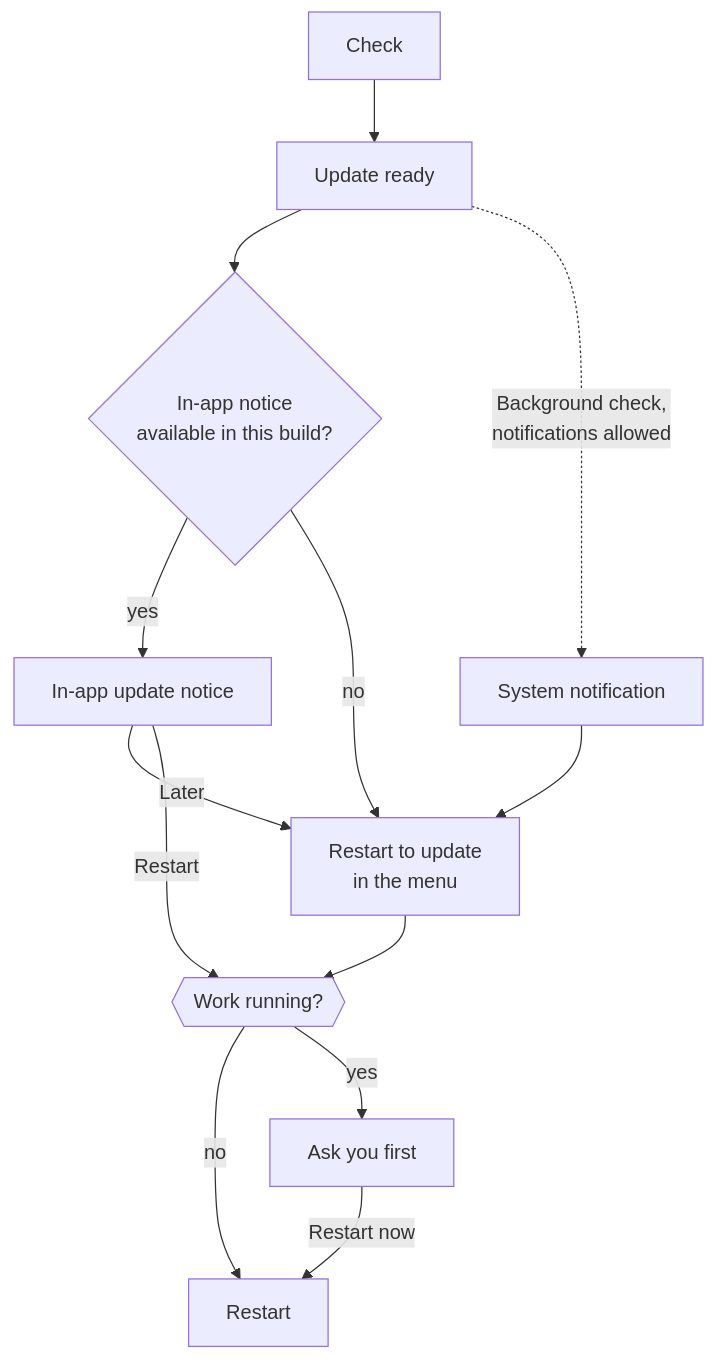
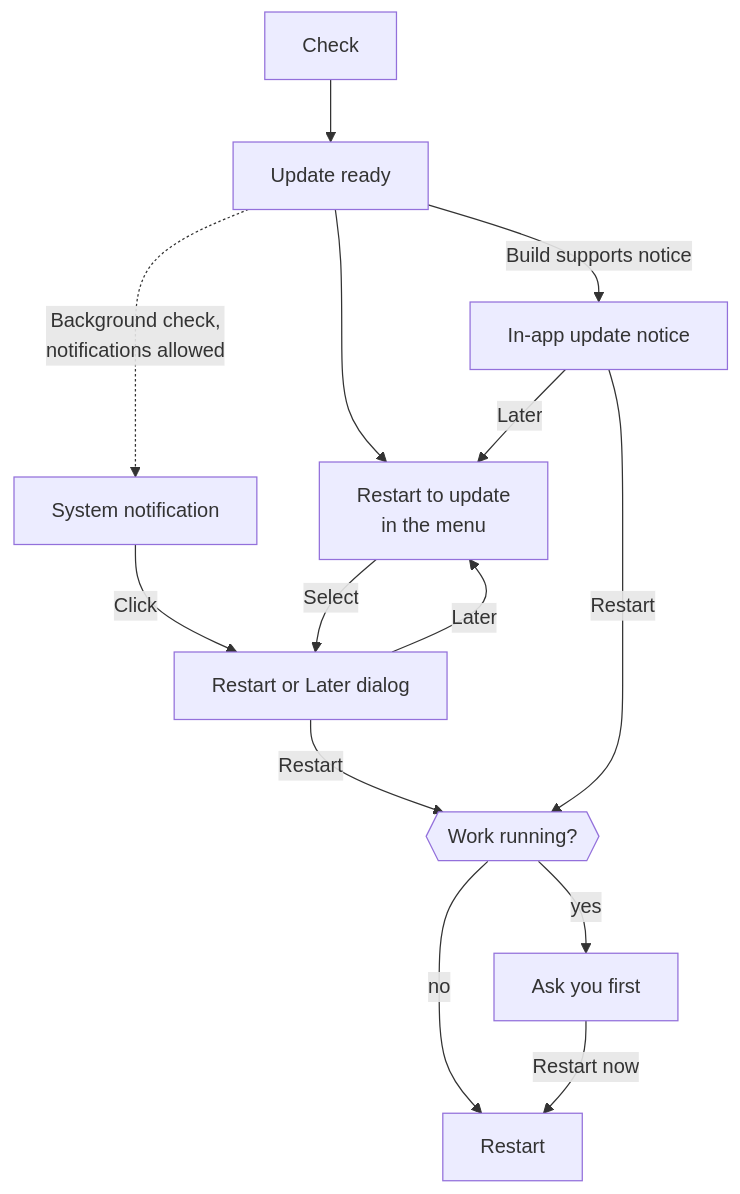
The second of 2 diagrams in docs/src/content/docs/deploy/desktop-app.mdx (n8n-io/nod), drawn with Mermaid before and after one commit. The commit also changed 1 other file, not shown here.

Commit message:
test(desktop): retain reused runtime release checks

````diff
--- a/docs/src/content/docs/deploy/desktop-app.mdx
+++ b/docs/src/content/docs/deploy/desktop-app.mdx
@@ -143,15 +143,16 @@
 ```mermaid
 flowchart TD
   check[Check]:::muted --> ready[Update ready]
-  ready --> supports{In-app notice<br/>available in this build?}
-  supports -- yes --> notice[In-app update notice]:::accent
-  supports -- no --> menu[Restart to update<br/>in the menu]
+  ready --> menu[Restart to update<br/>in the menu]
+  ready -- Build supports notice --> notice[In-app update notice]:::accent
   ready -. Background check,<br/>notifications allowed .-> system[System notification]
-  system --> menu
+  system -- Click --> confirm[Restart or Later dialog]:::accent
+  confirm -- Later --> menu
+  confirm -- Restart --> busy{{Work running?}}
   notice -- Later --> menu
-  notice -- Restart --> busy{{Work running?}}
-  menu --> busy
+  notice -- Restart --> busy
+  menu -- Select --> confirm
   busy -- no --> restart[Restart]:::go
   busy -- yes --> ask[Ask you first]:::accent
   ask -- Restart now --> restart
 ```
````
